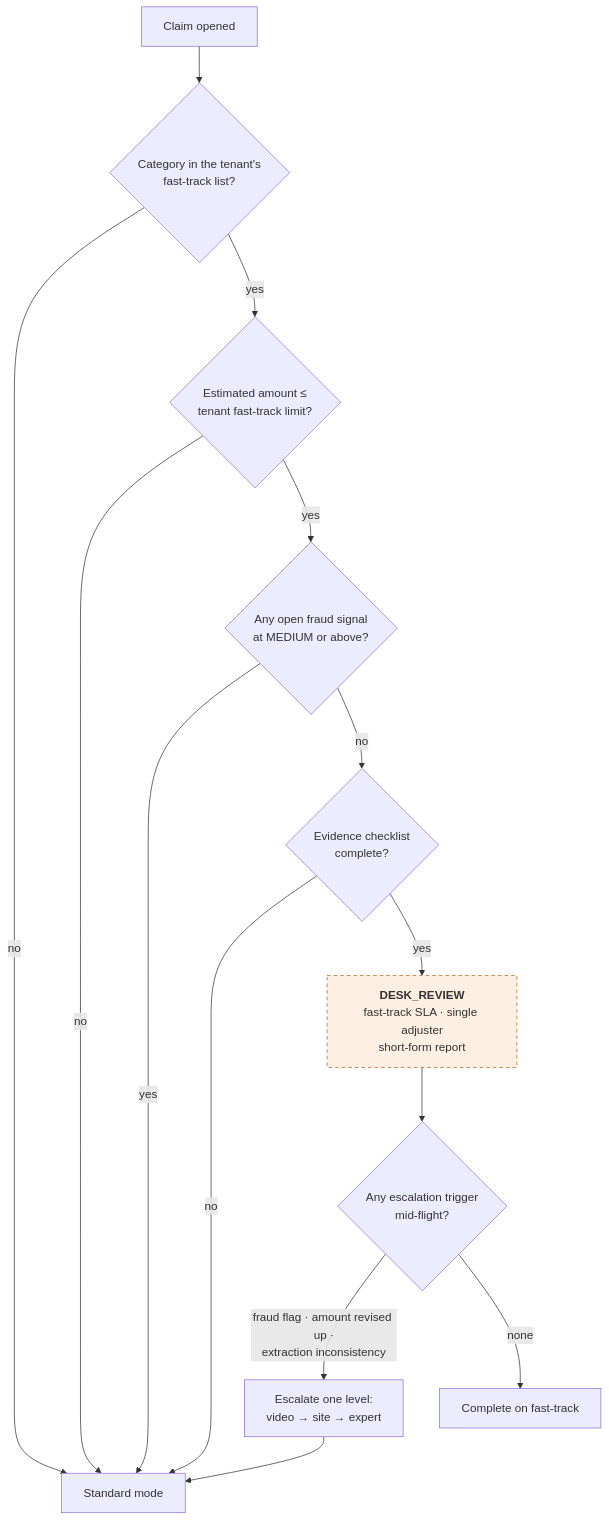
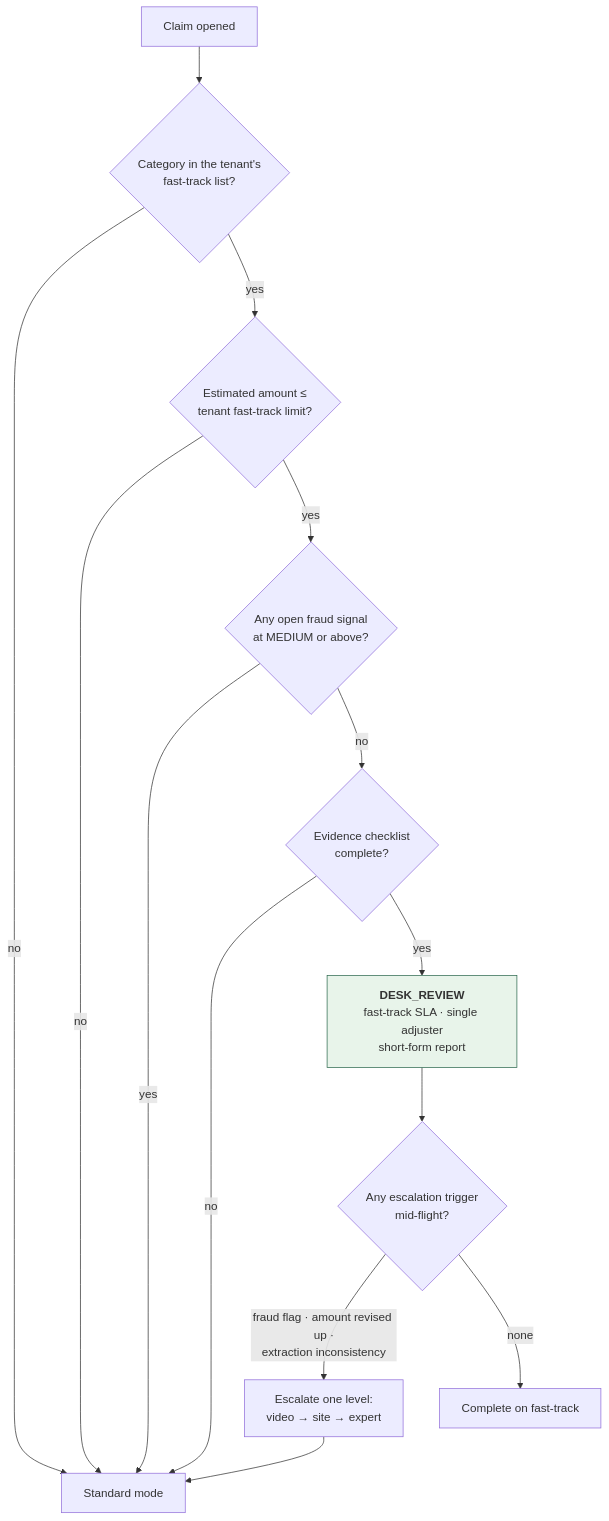
One commit to leobarcove/true-claim-insight changed the tenth of 11 diagrams in docs/USER_FLOWS.md. Above: the diagram before and after it, drawn with Mermaid. The commit also changed other lines of this file and 14 other files, not shown here.

````diff
--- a/docs/USER_FLOWS.md
+++ b/docs/USER_FLOWS.md
@@ -535,28 +535,28 @@
 ```mermaid
 flowchart TD
     IN["Claim opened"] --> C1{"`Category in the tenant's
 fast-track list?`"}
     C1 -->|no| STD["Standard mode"]
     C1 -->|yes| C2{"`Estimated amount ≤
 tenant fast-track limit?`"}
     C2 -->|no| STD
     C2 -->|yes| C3{"`Any open fraud signal
 at MEDIUM or above?`"}
     C3 -->|yes| STD
     C3 -->|no| C4{"`Evidence checklist
 complete?`"}
     C4 -->|no| STD
     C4 -->|yes| FAST["`**DESK_REVIEW**
 fast-track SLA · single adjuster
 short-form report`"]
 
     FAST --> TRIG{"`Any escalation trigger
 mid-flight?`"}
     TRIG -->|"`fraud flag · amount revised up ·
 extraction inconsistency`"| UP["`Escalate one level:
 video → site → expert`"]
     TRIG -->|none| OUT["Complete on fast-track"]
     UP --> STD
 
-    style FAST fill:#fdf0e3,stroke:#b5651d,stroke-dasharray:5 4
+    style FAST fill:#e8f4ea,stroke:#2d6a4f
 ```
````
